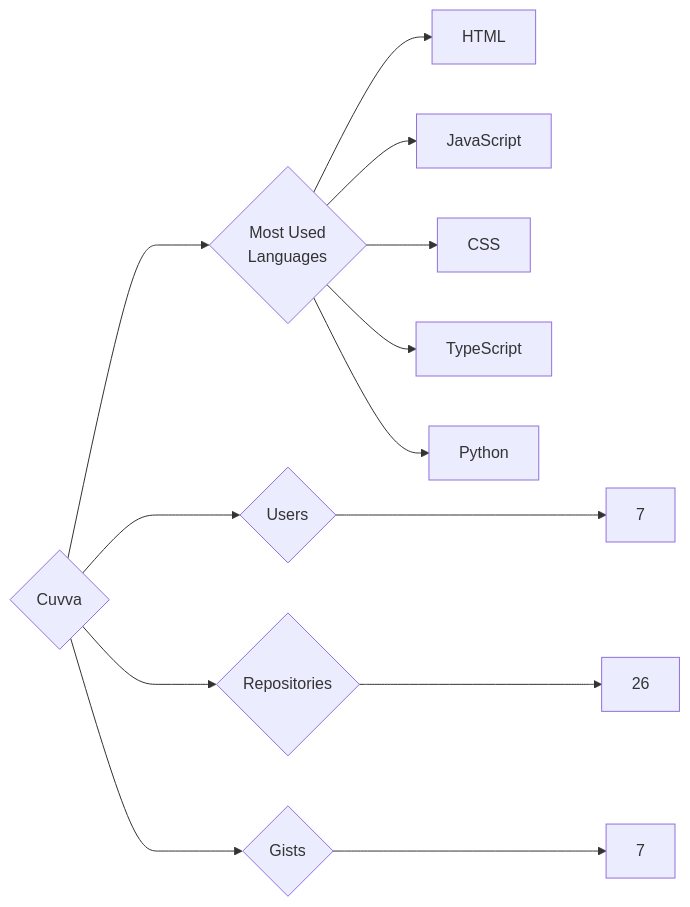
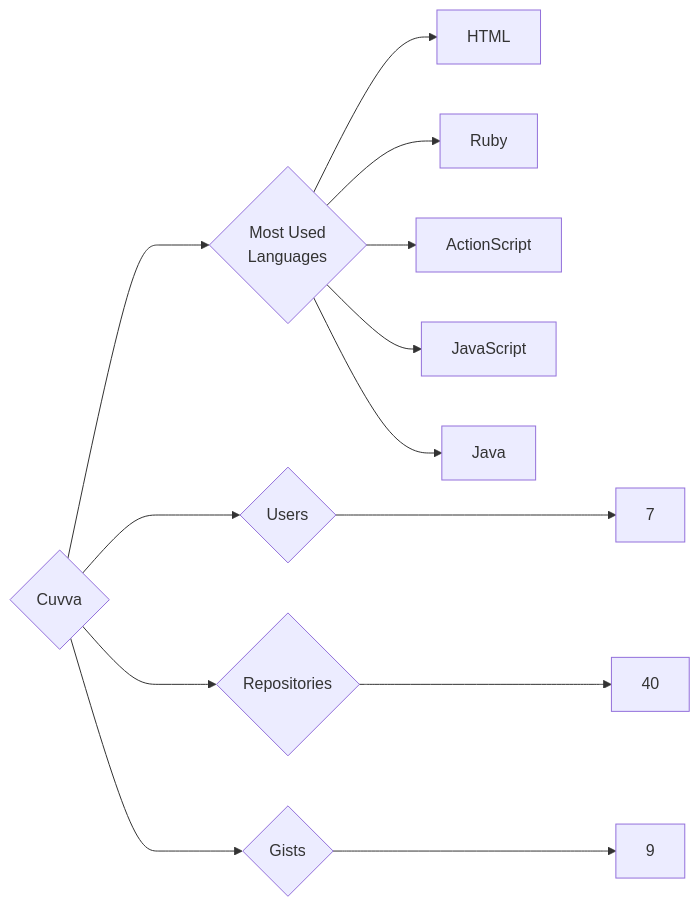
Before and after one commit to trickest/insiders: the diagram in targets/Cuvva/README.md, drawn with Mermaid. The commit also changed 1141 other files, not shown here.

````diff
--- a/targets/Cuvva/README.md
+++ b/targets/Cuvva/README.md
@@ -3,13 +3,13 @@
 ```mermaid
 graph LR
 COMPANY_NAME{Cuvva}
 COMPANY_NAME ---> U{Users} ---> UN[7]
-COMPANY_NAME ---> R{Repositories} ---> RN[26]
-COMPANY_NAME ---> G{Gists} ---> GN[7]
+COMPANY_NAME ---> R{Repositories} ---> RN[40]
+COMPANY_NAME ---> G{Gists} ---> GN[9]
 COMPANY_NAME ---> ML{Most Used<br>Languages}
 ML --> HTML[HTML]
+ML --> Ruby[Ruby]
+ML --> ActionScript[ActionScript]
 ML --> JavaScript[JavaScript]
-ML --> CSS[CSS]
-ML --> TypeScript[TypeScript]
-ML --> Python[Python]
+ML --> Java[Java]
 ```
````
